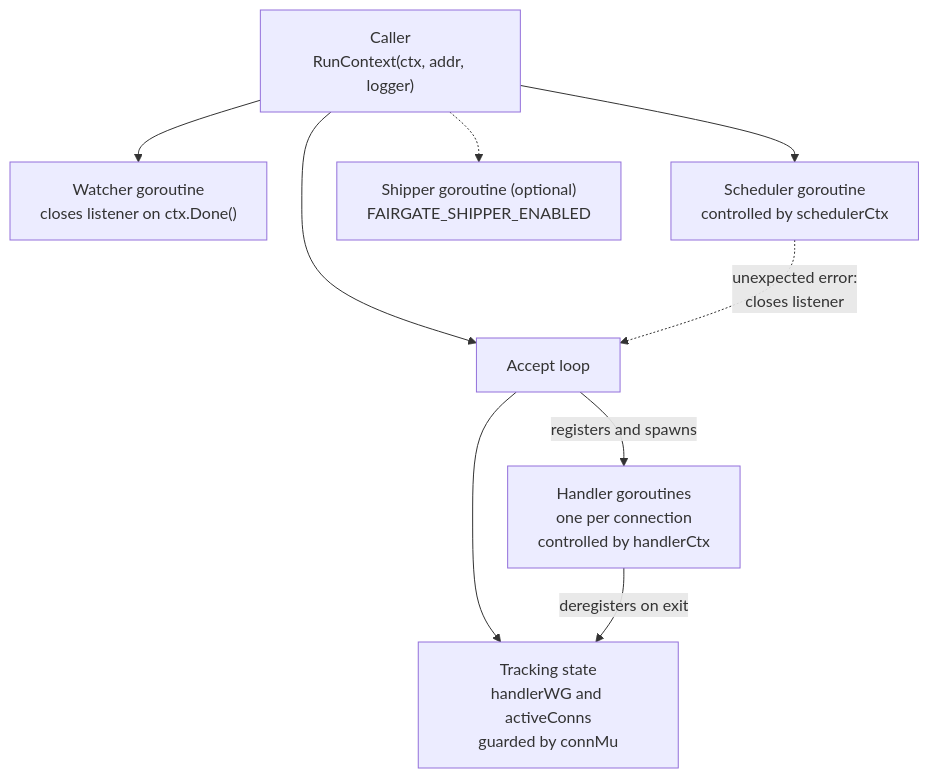
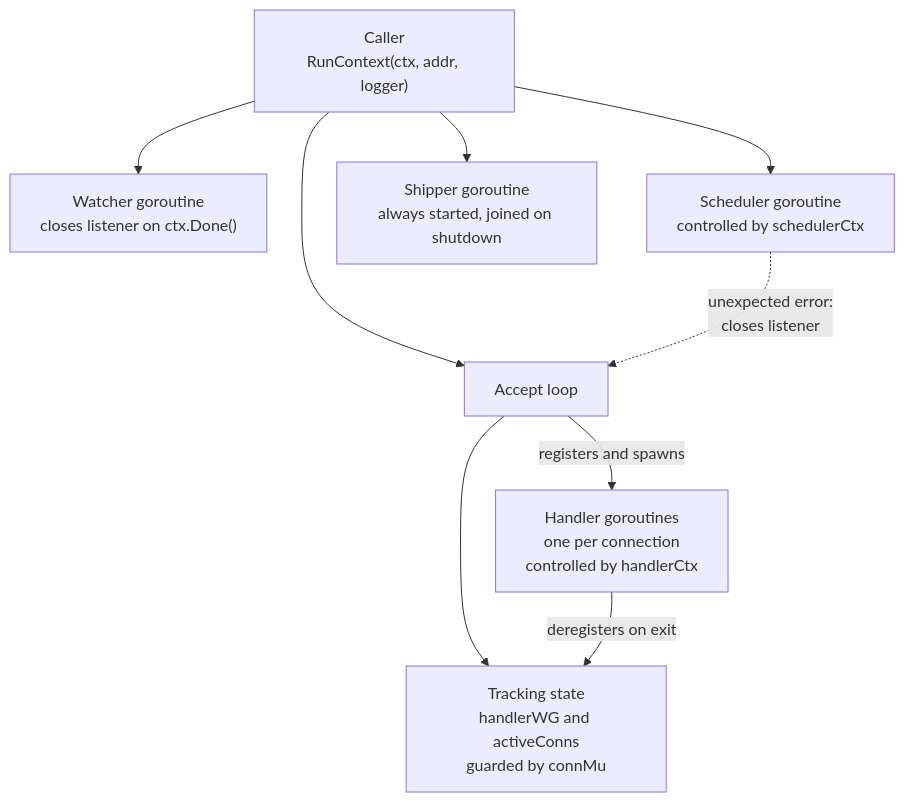
One commit to PratyushVishal11011/Fairgate changed diagram 12 of 15 in README.md. Above: the diagram before and after it, drawn with Mermaid. The commit also changed other lines of this file and 35 other files, not shown here.

````diff
--- a/README.md
+++ b/README.md
@@ -480,19 +528,19 @@
 ```mermaid
 flowchart TD
     CALLER["Caller<br/>RunContext(ctx, addr, logger)"]
     WATCH["Watcher goroutine<br/>closes listener on ctx.Done()"]
     ACC["Accept loop"]
     H["Handler goroutines<br/>one per connection<br/>controlled by handlerCtx"]
     SCH["Scheduler goroutine<br/>controlled by schedulerCtx"]
-    SHP["Shipper goroutine (optional)<br/>FAIRGATE_SHIPPER_ENABLED"]
+    SHP["Shipper goroutine<br/>always started, joined on shutdown"]
     TRK["Tracking state<br/>handlerWG and activeConns<br/>guarded by connMu"]
 
     CALLER --> WATCH
     CALLER --> ACC
     CALLER --> SCH
-    CALLER -.-> SHP
+    CALLER --> SHP
     ACC -->|"registers and spawns"| H
     ACC --> TRK
     H -->|"deregisters on exit"| TRK
     SCH -.->|"unexpected error:<br/>closes listener"| ACC
 ```
````
